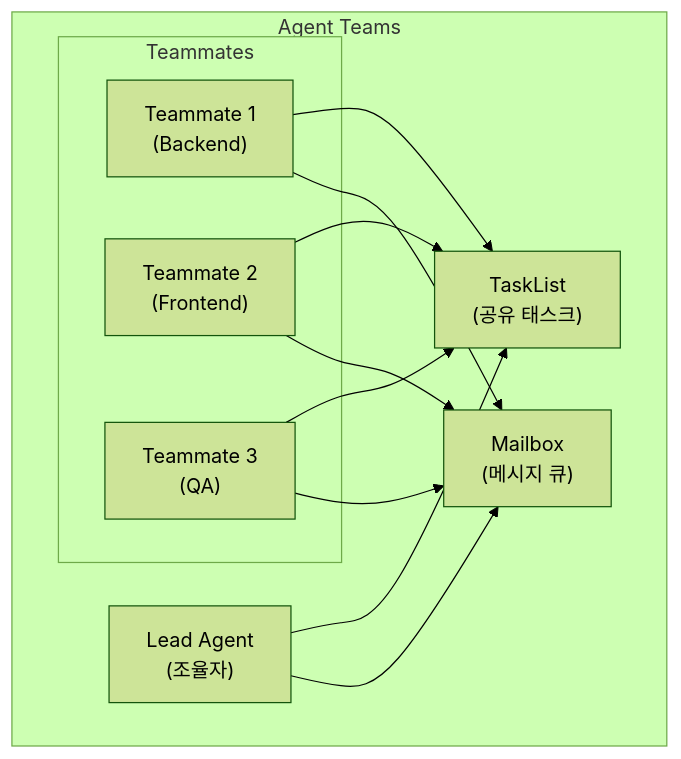
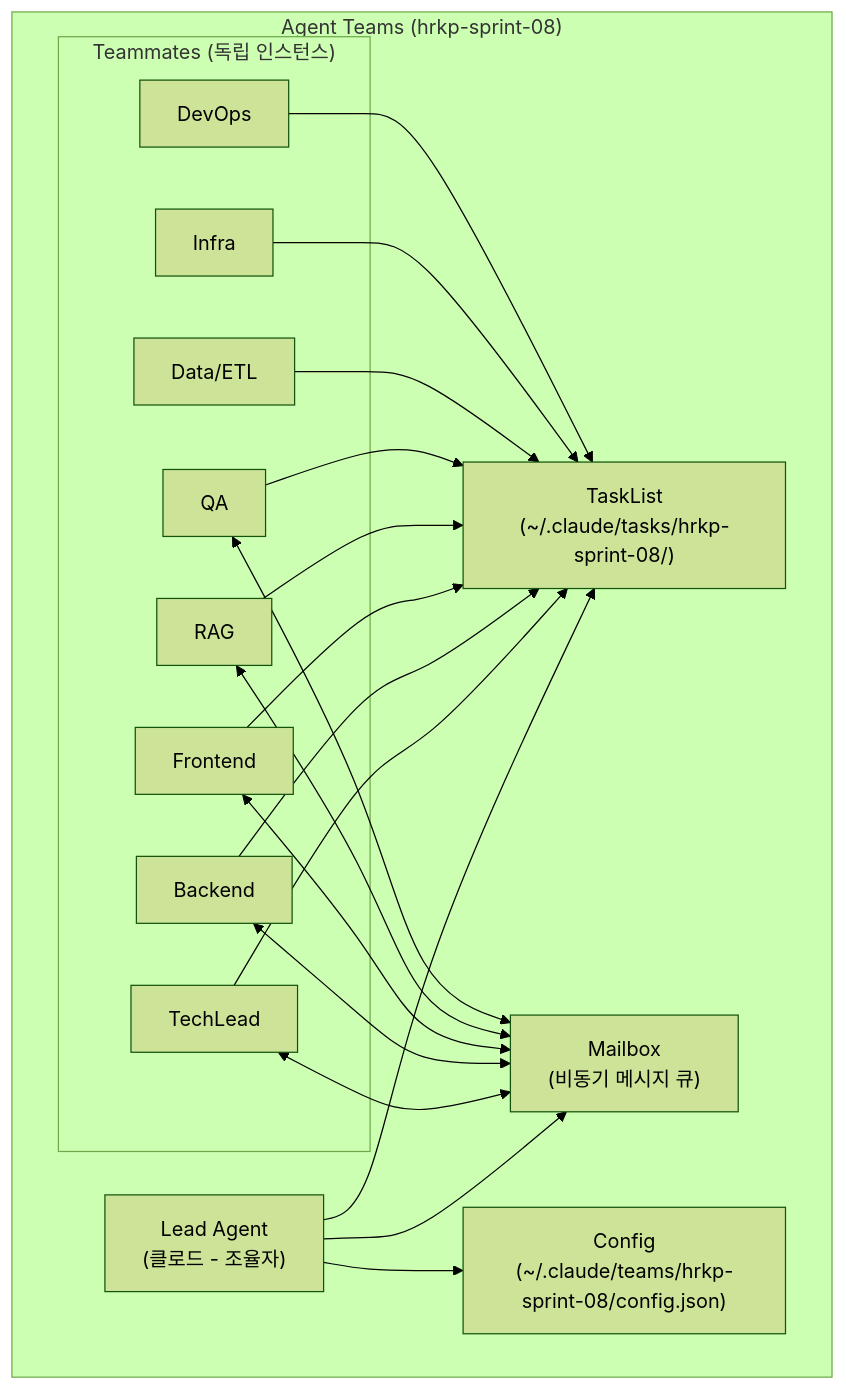
Before and after one commit to k82022603/hybrid-rag-knowledge-ops: the third of 5 diagrams in docs/12_Agent_Teams_활용_가이드.md, drawn with Mermaid (forest theme). The commit also changed other lines of this file and 9 other files, not shown here.

First line of the commit message:
[FEAT] ISSUE-011 수정 + Agent Teams 도입 + E2E 테스트 추가

````diff
--- a/docs/12_Agent_Teams_활용_가이드.md
+++ b/docs/12_Agent_Teams_활용_가이드.md
@@ -114,23 +237,37 @@
 ```mermaid
 flowchart TB
-    subgraph AgentTeams["Agent Teams"]
-        Lead["Lead Agent<br/>(조율자)"]
-        TL["TaskList<br/>(공유 태스크)"]
-        MB["Mailbox<br/>(메시지 큐)"]
+    subgraph AgentTeams["Agent Teams (hrkp-sprint-08)"]
+        Lead["Lead Agent<br/>(클로드 - 조율자)"]
+        TL["TaskList<br/>(~/.claude/tasks/hrkp-sprint-08/)"]
+        MB["Mailbox<br/>(비동기 메시지 큐)"]
+        Config["Config<br/>(~/.claude/teams/hrkp-sprint-08/config.json)"]
 
-        subgraph Teammates["Teammates"]
-            T1["Teammate 1<br/>(Backend)"]
-            T2["Teammate 2<br/>(Frontend)"]
-            T3["Teammate 3<br/>(QA)"]
+        subgraph Teammates["Teammates (독립 인스턴스)"]
+            T1["TechLead"]
+            T2["Backend"]
+            T3["Frontend"]
+            T4["RAG"]
+            T5["QA"]
+            T6["Data/ETL"]
+            T7["Infra"]
+            T8["DevOps"]
         end
 
         Lead --> TL
         Lead --> MB
+        Lead --> Config
         T1 --> TL
         T2 --> TL
         T3 --> TL
-        T1 --> MB
-        T2 --> MB
-        T3 --> MB
+        T4 --> TL
+        T5 --> TL
+        T6 --> TL
+        T7 --> TL
+        T8 --> TL
+        T1 <--> MB
+        T2 <--> MB
+        T3 <--> MB
+        T4 <--> MB
+        T5 <--> MB
     end
 ```
````
